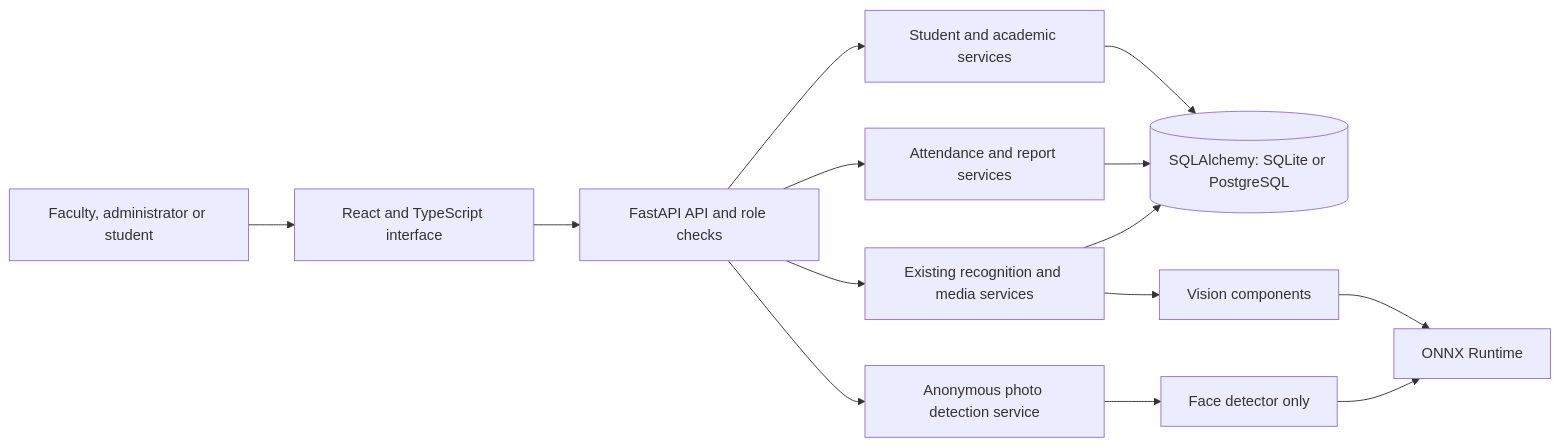
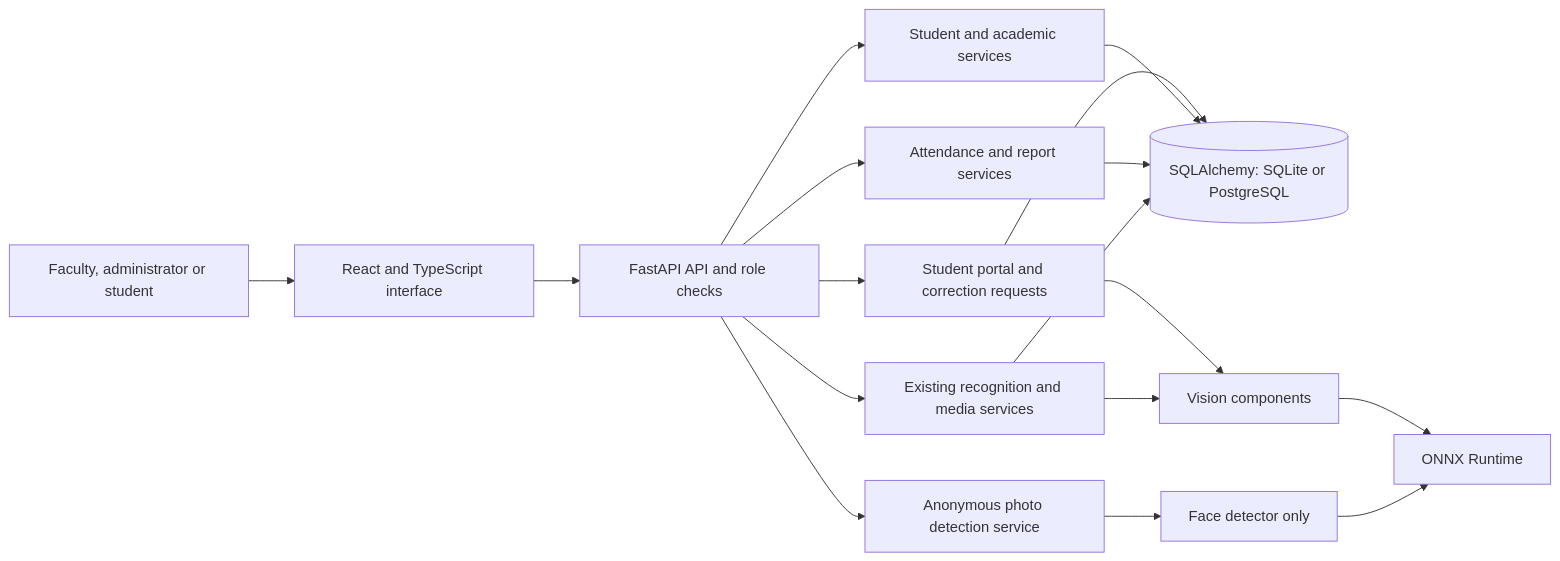
The first of 5 diagrams in README.md (Joyson01/SAMS), drawn with Mermaid before and after one commit. The commit also changed other lines of this file and 13 other files, not shown here.

````diff
--- a/README.md
+++ b/README.md
@@ -49,16 +52,19 @@
 ```mermaid
 flowchart LR
     User[Faculty, administrator or student] --> UI[React and TypeScript interface]
     UI --> API[FastAPI API and role checks]
     API --> Academic[Student and academic services]
     API --> Attendance[Attendance and report services]
+    API --> Portal[Student portal and correction requests]
+    Portal --> DB
+    Portal --> Vision
     API --> Diagnostic[Anonymous photo detection service]
     API --> Existing[Existing recognition and media services]
     Academic --> DB[(SQLAlchemy: SQLite or PostgreSQL)]
     Attendance --> DB
     Existing --> DB
     Existing --> Vision[Vision components]
     Diagnostic --> Detector[Face detector only]
     Vision --> Runtime[ONNX Runtime]
     Detector --> Runtime
 ```
````
